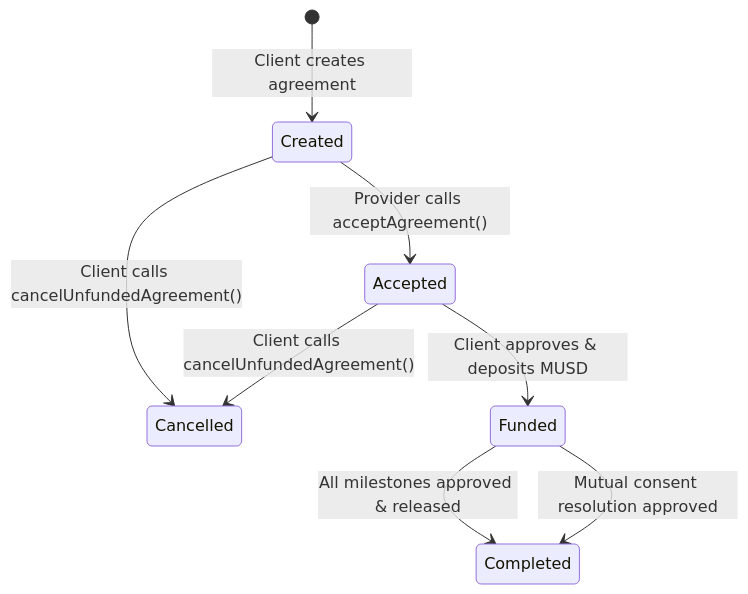
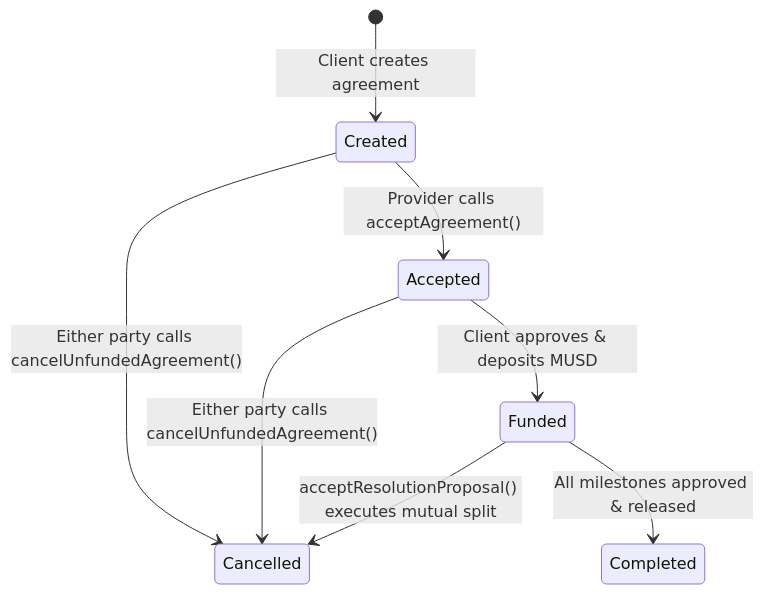
One commit to milesdevx/Pactora changed the second of 4 diagrams in docs/architecture.md. Above: the diagram before and after it, drawn with Mermaid. The commit also changed other lines of this file and 17 other files, not shown here.

````diff
--- a/docs/architecture.md
+++ b/docs/architecture.md
@@ -59,10 +59,10 @@
 ```mermaid
 stateDiagram-v2
     [*] --> Created: Client creates agreement
     Created --> Accepted: Provider calls acceptAgreement()
-    Created --> Cancelled: Client calls cancelUnfundedAgreement()
-    Accepted --> Cancelled: Client calls cancelUnfundedAgreement()
+    Created --> Cancelled: Either party calls cancelUnfundedAgreement()
+    Accepted --> Cancelled: Either party calls cancelUnfundedAgreement()
     Accepted --> Funded: Client approves & deposits MUSD
     Funded --> Completed: All milestones approved & released
-    Funded --> Completed: Mutual consent resolution approved
+    Funded --> Cancelled: acceptResolutionProposal() executes mutual split
 ```
````
